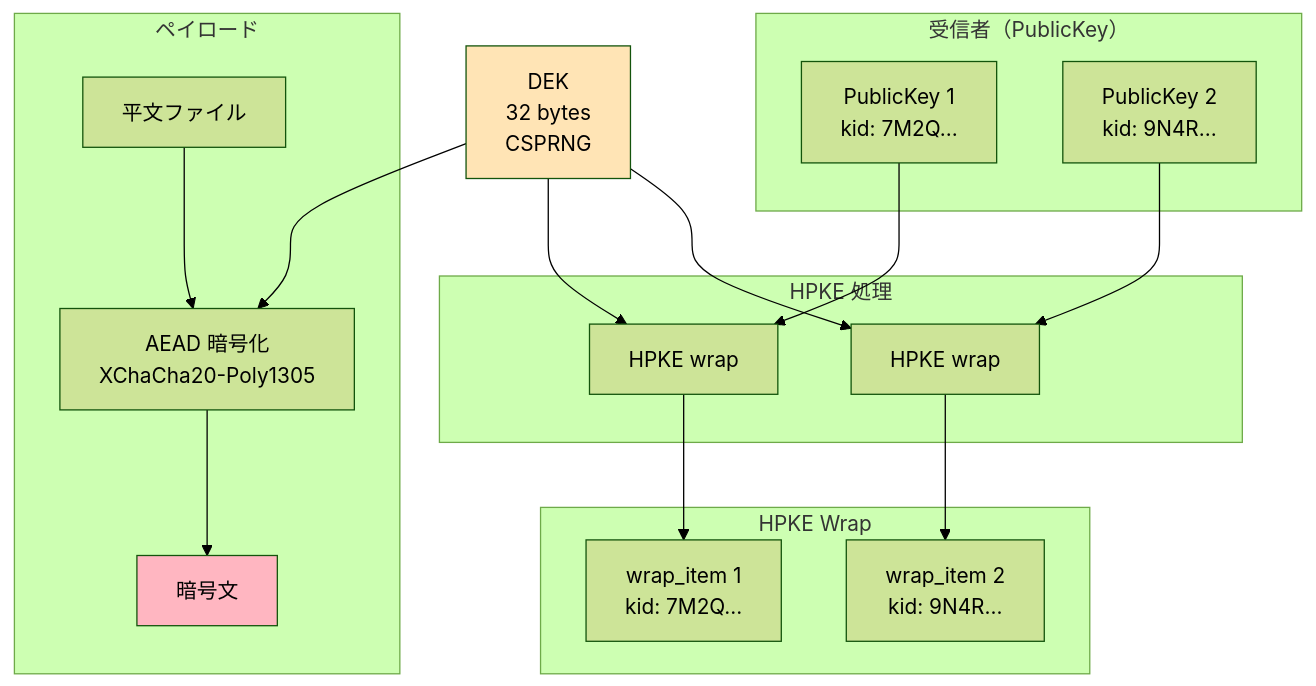
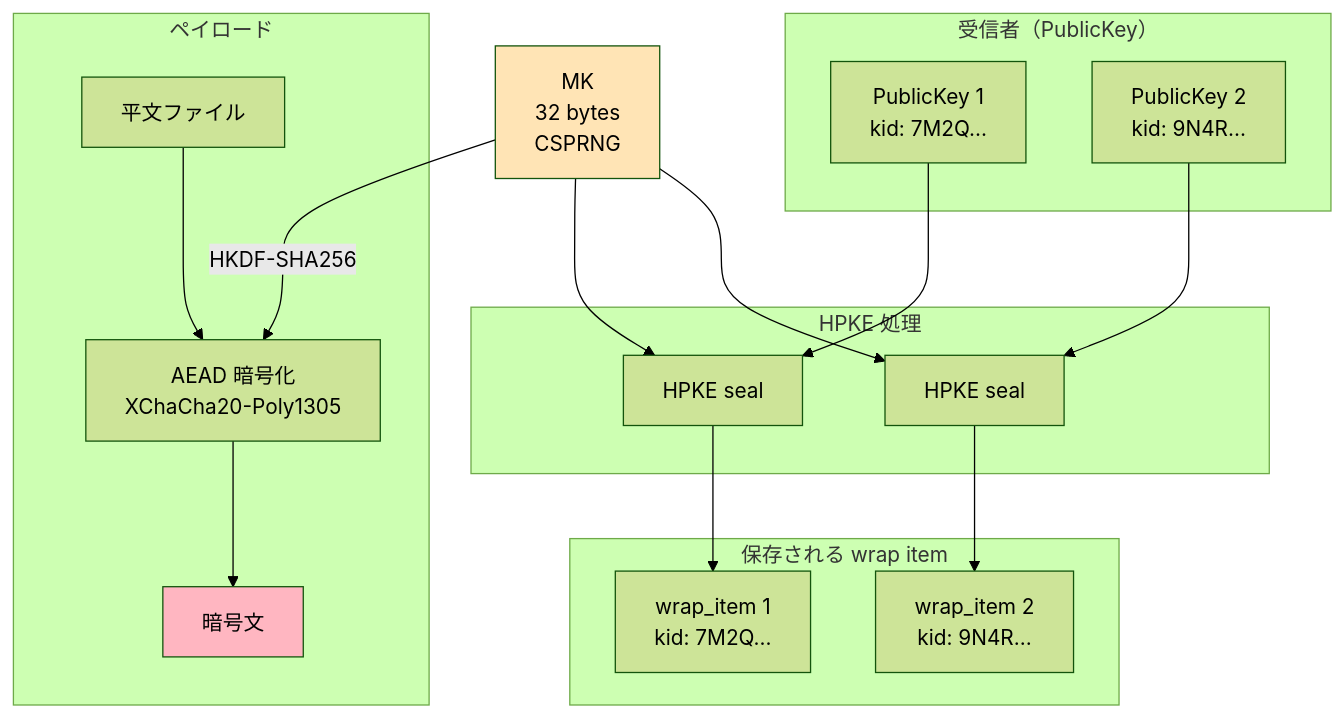
Before and after one commit to ebisawa/kapsaro: the third of 6 diagrams in guides/security_design_ja.md, drawn with Mermaid (forest theme). The commit also changed other lines of this file and 271 other files, not shown here.

````diff
--- a/guides/security_design_ja.md
+++ b/guides/security_design_ja.md
@@ -781,38 +752,38 @@
 ```mermaid
 graph TB
     subgraph recipients["受信者（PublicKey）"]
         PK1["PublicKey 1<br/>kid: 7M2Q..."]
         PK2["PublicKey 2<br/>kid: 9N4R..."]
     end
 
     subgraph hpke["HPKE 処理"]
-        HPKE1[HPKE wrap]
-        HPKE2[HPKE wrap]
+        HPKE1[HPKE seal]
+        HPKE2[HPKE seal]
     end
 
-    subgraph wrap["HPKE Wrap"]
+    subgraph wrap["保存される wrap item"]
         W1["wrap_item 1<br/>kid: 7M2Q..."]
         W2["wrap_item 2<br/>kid: 9N4R..."]
     end
 
-    DEK["DEK<br/>32 bytes<br/>CSPRNG"]
+    MK["MK<br/>32 bytes<br/>CSPRNG"]
 
     subgraph payload["ペイロード"]
         PT["平文ファイル"]
         AEAD[AEAD 暗号化<br/>XChaCha20-Poly1305]
         CT["暗号文"]
     end
 
     PK1 --> HPKE1
-    DEK --> HPKE1
+    MK --> HPKE1
     HPKE1 --> W1
     PK2 --> HPKE2
-    DEK --> HPKE2
+    MK --> HPKE2
     HPKE2 --> W2
-    DEK --> AEAD
+    MK -->|HKDF-SHA256| AEAD
     PT --> AEAD
     AEAD --> CT
 
-    style DEK fill:#FFE4B5
+    style MK fill:#FFE4B5
     style CT fill:#FFB6C1
 ```
````
